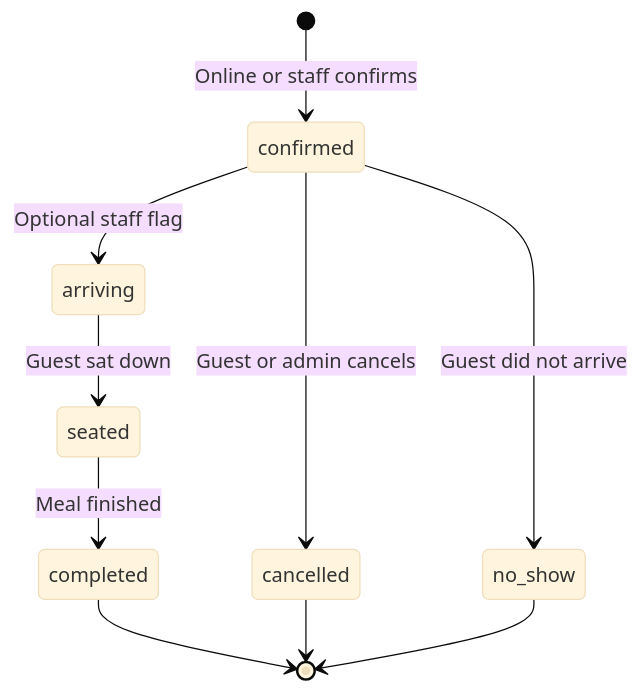
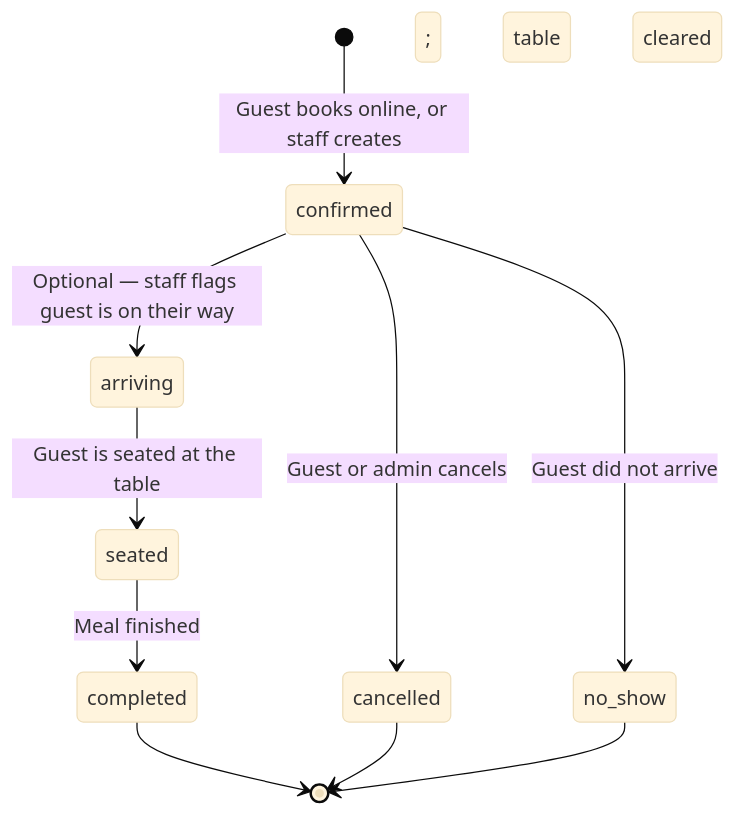
The second of 5 diagrams in docs/CLIENT_HANDOVER_ADMIN_AND_OWNER.md (pizn-01/dinely), drawn with Mermaid (base theme) before and after one commit. The commit also changed other lines of this file and 2 other files, not shown here.

````diff
--- a/docs/CLIENT_HANDOVER_ADMIN_AND_OWNER.md
+++ b/docs/CLIENT_HANDOVER_ADMIN_AND_OWNER.md
@@ -63,12 +75,12 @@
 ```mermaid
 stateDiagram-v2
-  [*] --> confirmed: Online or staff confirms
-  confirmed --> arriving: Optional staff flag
-  arriving --> seated: Guest sat down
-  seated --> completed: Meal finished
+  [*] --> confirmed: Guest books online, or staff creates
+  confirmed --> arriving: Optional — staff flags guest is on their way
+  arriving --> seated: Guest is seated at the table
+  seated --> completed: Meal finished; table cleared
   confirmed --> cancelled: Guest or admin cancels
   confirmed --> no_show: Guest did not arrive
   completed --> [*]
   cancelled --> [*]
   no_show --> [*]
 ```
````
